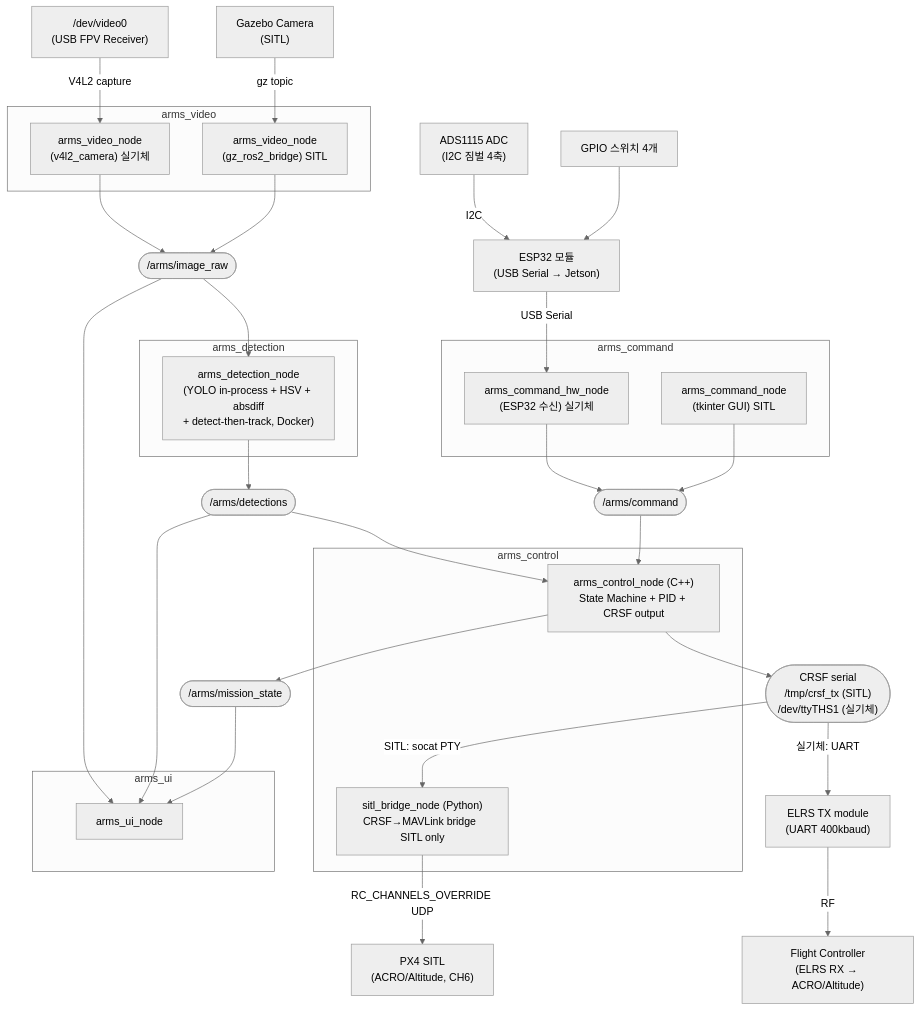
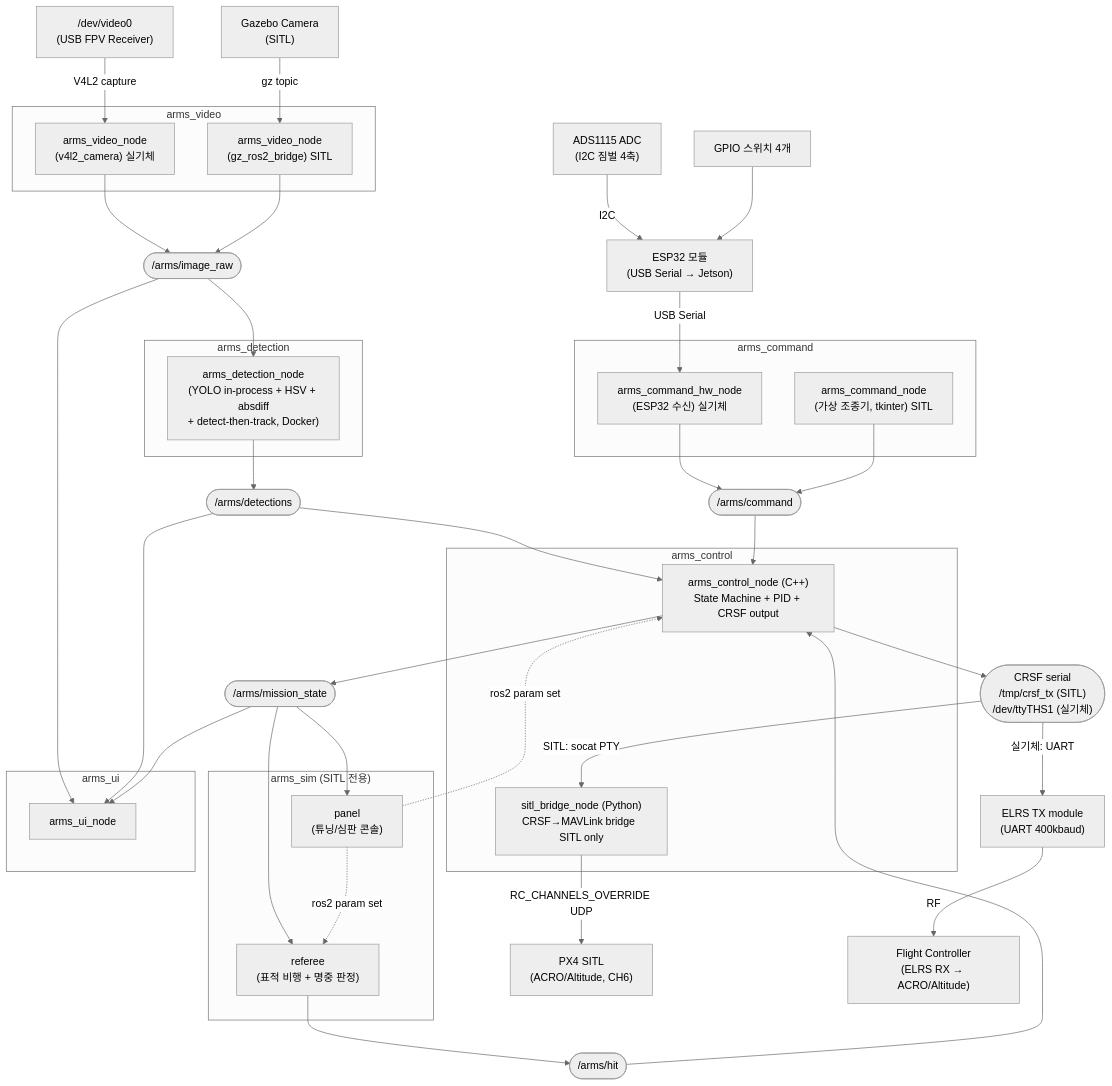
Before and after one commit to tokhun2002/A.R.M.S.-Anti-drone-Reusable-Modular-System-: the first of 3 diagrams in SW/docs/DESIGN.md, drawn with Mermaid (neutral theme). The commit also changed other lines of this file and 3 other files, not shown here.

Commit message:
docs: command, sim 문서 및 주석 수정

````diff
--- a/SW/docs/DESIGN.md
+++ b/SW/docs/DESIGN.md
@@ -64,66 +65,79 @@
 ```mermaid
 graph TD
     GAZEBO["Gazebo Camera<br/>(SITL)"]
     V4L2["/dev/video0<br/>(USB FPV Receiver)"]
 
     subgraph arms_video ["arms_video"]
         VN_REAL["arms_video_node<br/>(v4l2_camera) 실기체"]
         VN_SITL["arms_video_node<br/>(gz_ros2_bridge) SITL"]
     end
 
     IMAGE(["/arms/image_raw"])
 
     subgraph arms_detection ["arms_detection"]
         DN_FUSION["arms_detection_node<br/>(YOLO in-process + HSV + absdiff<br/>+ detect-then-track, Docker)"]
     end
 
     subgraph arms_command ["arms_command"]
-        CMD_GUI["arms_command_node<br/>(tkinter GUI) SITL"]
+        CMD_GUI["arms_command_node<br/>(가상 조종기, tkinter) SITL"]
         CMD_JOY["arms_command_hw_node<br/>(ESP32 수신) 실기체"]
     end
+
+    subgraph arms_sim ["arms_sim (SITL 전용)"]
+        PANEL["panel<br/>(튜닝/심판 콘솔)"]
+        REFEREE["referee<br/>(표적 비행 + 명중 판정)"]
+    end
+
+    HIT(["/arms/hit"])
 
     ADS1115["ADS1115 ADC<br/>(I2C 짐벌 4축)"]
     SWGPIO["GPIO 스위치 4개"]
     ESP32["ESP32 모듈<br/>(USB Serial → Jetson)"]
     JOY(["/arms/command"])
 
     DETECTIONS(["/arms/detections"])
     MISSION_STATE(["/arms/mission_state"])
     CRSF_SERIAL(["CRSF serial<br/>/tmp/crsf_tx (SITL)<br/>/dev/ttyTHS1 (실기체)"])
 
     subgraph arms_control ["arms_control"]
         CN["arms_control_node (C++)<br/>State Machine + PID + CRSF output"]
         BRIDGE["sitl_bridge_node (Python)<br/>CRSF→MAVLink bridge  SITL only"]
     end
 
     subgraph arms_ui ["arms_ui"]
         UN["arms_ui_node"]
     end
 
     FC_SITL["PX4 SITL<br/>(ACRO/Altitude, CH6)"]
     FC_HW["Flight Controller<br/>(ELRS RX → ACRO/Altitude)"]
     ELRS_TX["ELRS TX module<br/>(UART 400kbaud)"]
 
     V4L2 -->|V4L2 capture| VN_REAL
     GAZEBO -->|gz topic| VN_SITL
     ADS1115 -->|I2C| ESP32
     SWGPIO --> ESP32
     ESP32 -->|USB Serial| CMD_JOY
     CMD_JOY --> JOY
     CMD_GUI --> JOY
     VN_REAL --> IMAGE
     VN_SITL --> IMAGE
     IMAGE --> DN_FUSION
     IMAGE --> UN
     DN_FUSION --> DETECTIONS
     DETECTIONS --> CN
     DETECTIONS --> UN
     JOY --> CN
     CN --> MISSION_STATE
     CN --> CRSF_SERIAL
     MISSION_STATE --> UN
+    MISSION_STATE --> PANEL
+    MISSION_STATE --> REFEREE
+    REFEREE --> HIT
+    HIT --> CN
+    PANEL -.->|ros2 param set| CN
+    PANEL -.->|ros2 param set| REFEREE
     CRSF_SERIAL -->|SITL: socat PTY| BRIDGE
     BRIDGE -->|RC_CHANNELS_OVERRIDE UDP| FC_SITL
     CRSF_SERIAL -->|실기체: UART| ELRS_TX
     ELRS_TX -->|RF| FC_HW
 ```
````
